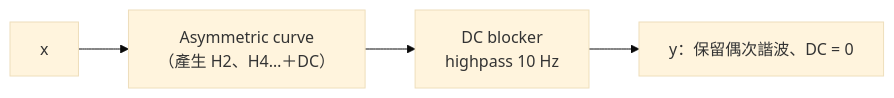
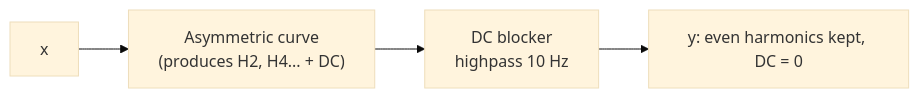
Before and after one commit to TomHsieh300/DAW-for-fun: the first of 2 diagrams in lessons/06-saturation/README.md, drawn with Mermaid (base theme). The commit also changed other lines of this file and 22 other files, not shown here.

````diff
--- a/lessons/06-saturation/README.md
+++ b/lessons/06-saturation/README.md
@@ -206,4 +208,4 @@
 ```mermaid
 flowchart LR
-    A[x] --> B["Asymmetric curve<br/>（產生 H2、H4…＋DC）"] --> C["DC blocker<br/>highpass 10 Hz"] --> D[y：保留偶次諧波、DC = 0]
+    A[x] --> B["Asymmetric curve<br/>(produces H2, H4... + DC)"] --> C["DC blocker<br/>highpass 10 Hz"] --> D[y: even harmonics kept, DC = 0]
 ```
````
